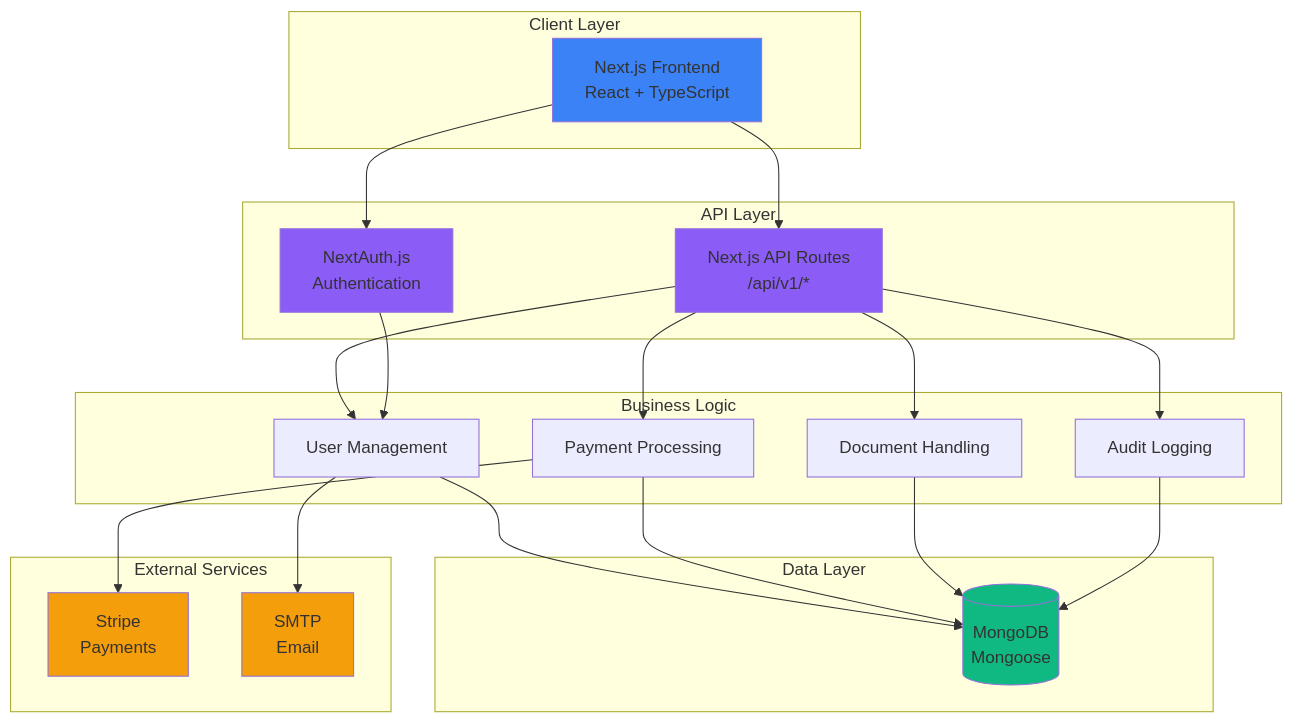
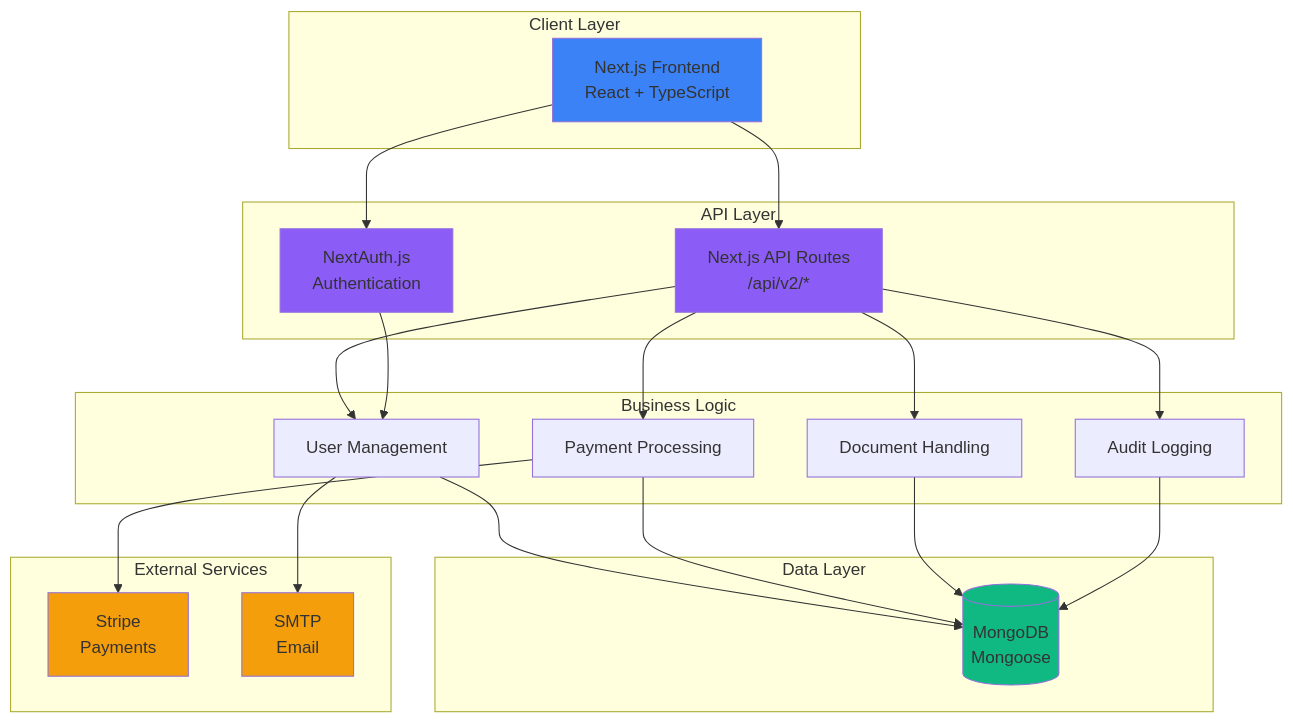
Before and after one commit to Ruhanpaco/prishtina-heackerspace: the second of 8 diagrams in README.md, drawn with Mermaid. The commit also changed other lines of this file and 121 other files, not shown here.

````diff
--- a/README.md
+++ b/README.md
@@ -106,48 +158,48 @@
 ```mermaid
 graph TB
     subgraph "Client Layer"
         A[Next.js Frontend<br/>React + TypeScript]
     end
     
     subgraph "API Layer"
-        B[Next.js API Routes<br/>/api/v1/*]
+        B[Next.js API Routes<br/>/api/v2/*]
         C[NextAuth.js<br/>Authentication]
     end
     
     subgraph "Business Logic"
         D[User Management]
         E[Payment Processing]
         F[Document Handling]
         G[Audit Logging]
     end
     
     subgraph "Data Layer"
         H[(MongoDB<br/>Mongoose)]
     end
     
     subgraph "External Services"
         I[Stripe<br/>Payments]
         J[SMTP<br/>Email]
     end
     
     A --> B
     A --> C
     B --> D
     B --> E
     B --> F
     B --> G
     C --> D
     D --> H
     E --> H
     F --> H
     G --> H
     E --> I
     D --> J
     
     style A fill:#3b82f6
     style B fill:#8b5cf6
     style C fill:#8b5cf6
     style H fill:#10b981
     style I fill:#f59e0b
     style J fill:#f59e0b
 ```
````
